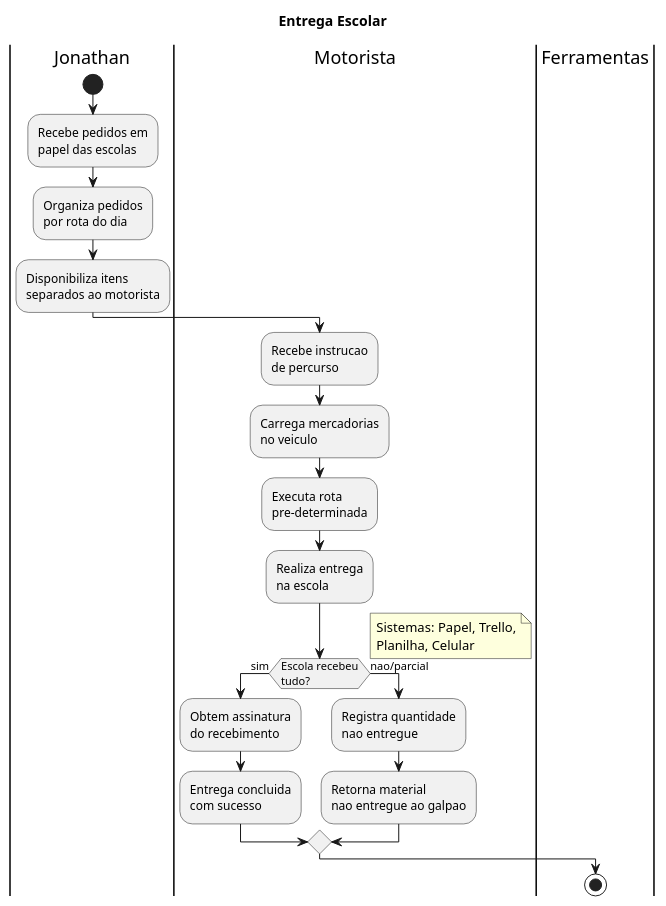
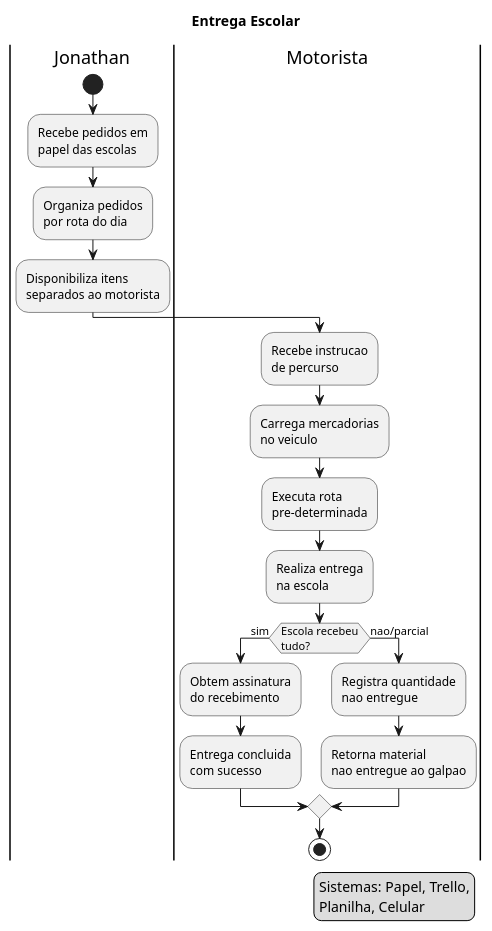
Before and after one commit to enzoguinossi/ProjetoFinalFAETEC: the diagram in docs/puml/fluxosAtuais/03_entrega.puml, drawn with PlantUML. The commit also changed 7 other files, not shown here.

Commit message:
fix: 06_relatorio renamed to levantamento_estoque, corrected flow semantics

```diff
--- a/docs/puml/fluxosAtuais/03_entrega.puml
+++ b/docs/puml/fluxosAtuais/03_entrega.puml
@@ -1,49 +1,48 @@
 @startuml
 skinparam shadowing false
 title Entrega Escolar
 
 |Jonathan|
 start
 :Recebe pedidos em
 papel das escolas;
 
 :Organiza pedidos
 por rota do dia;
 
 :Disponibiliza itens
 separados ao motorista;
 
 |Motorista|
 :Recebe instrucao
 de percurso;
 
 :Carrega mercadorias
 no veiculo;
 
 :Executa rota
 pre-determinada;
 
 :Realiza entrega
 na escola;
 
 if (Escola recebeu
 tudo?) then (sim)
   :Obtem assinatura
   do recebimento;
   :Entrega concluida
   com sucesso;
 else (nao/parcial)
   :Registra quantidade
   nao entregue;
   :Retorna material
   nao entregue ao galpao;
 endif
 
-|Ferramentas|
-note right
+legend right
   Sistemas: Papel, Trello,
   Planilha, Celular
-endnote
+endlegend
 
 stop
 @enduml
```
